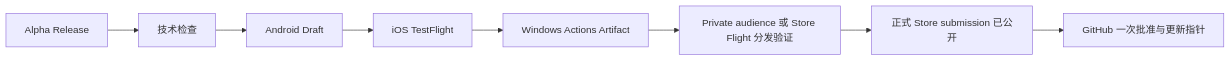
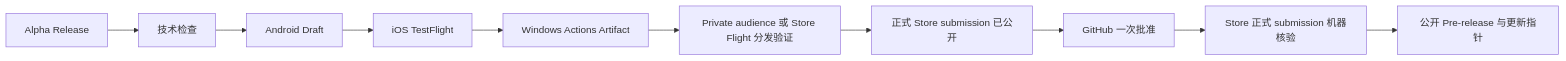
One commit to zhangheng2022/meet_trace changed the diagram in docs/project/GitHub_版本发布流程.md. Above: the diagram before and after it, drawn with Mermaid. The commit also changed other lines of this file and 10 other files, not shown here.

````diff
--- a/docs/project/GitHub_版本发布流程.md
+++ b/docs/project/GitHub_版本发布流程.md
@@ -20,10 +20,12 @@
 ```mermaid
 flowchart LR
   A[Alpha Release] --> B[技术检查]
   B --> C[Android Draft]
   C --> D[iOS TestFlight]
   D --> E[Windows Actions Artifact]
   E --> F[Private audience 或 Store Flight 分发验证]
   F --> G[正式 Store submission 已公开]
-  G --> H[GitHub 一次批准与更新指针]
+  G --> H[GitHub 一次批准]
+  H --> I[Store 正式 submission 机器核验]
+  I --> J[公开 Pre-release 与更新指针]
 ```
````
